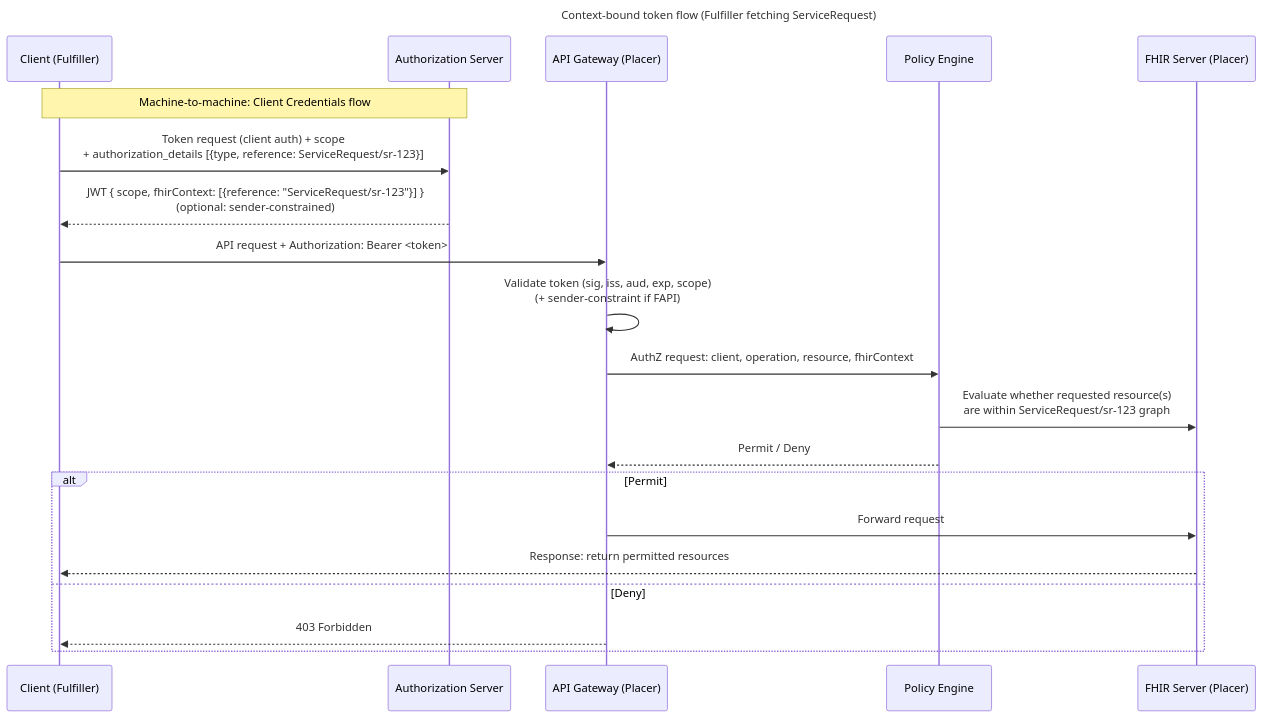
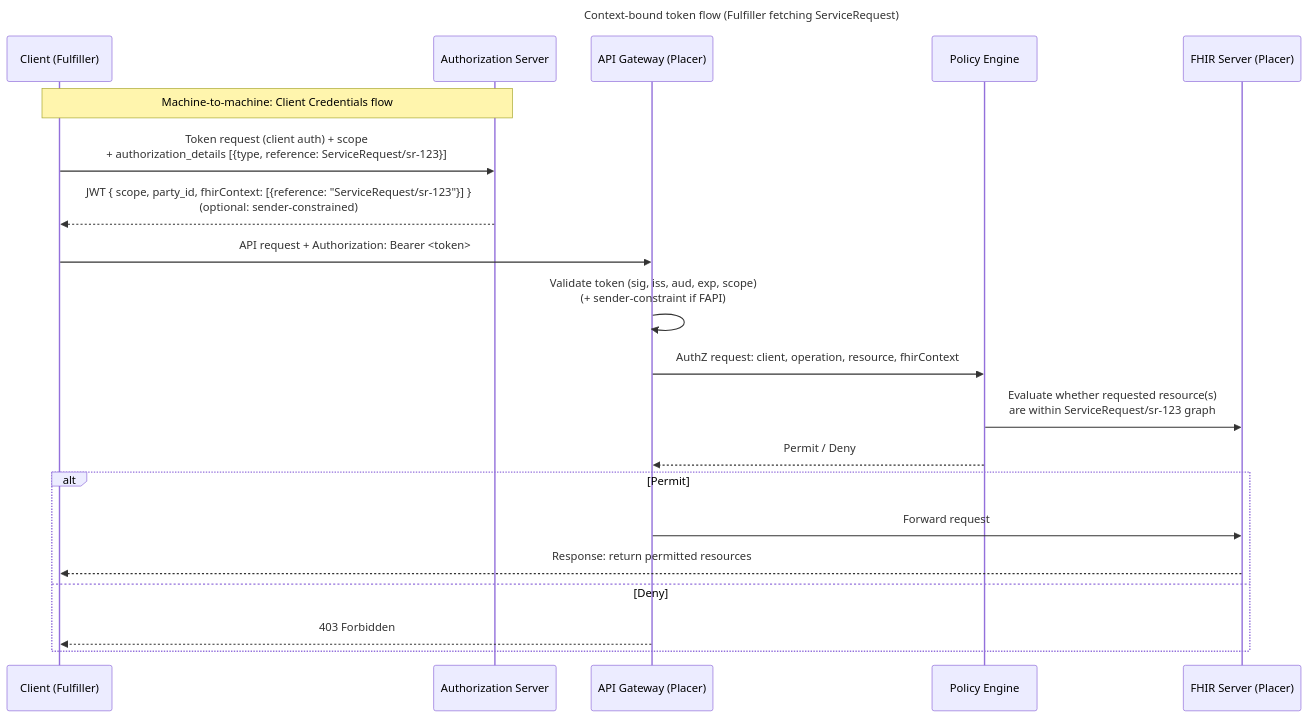
One commit to umzhconnect/umzhconnect-ig changed the second of 3 diagrams in input/pagecontent/security.md. Above: the diagram before and after it, drawn with Mermaid. The commit also changed other lines of this file and 1 other file, not shown here.

First line of the commit message:
Add party_id claim with organization's full registry URL

````diff
--- a/input/pagecontent/security.md
+++ b/input/pagecontent/security.md
@@ -131,26 +141,26 @@
 ```mermaid
 sequenceDiagram
   title Context-bound token flow (Fulfiller fetching ServiceRequest)
 
   participant C as Client (Fulfiller)
   participant AS as Authorization Server
   participant AG as API Gateway (Placer)
   participant PE as Policy Engine
   participant FHIR as FHIR Server (Placer)
 
   Note over C,AS: Machine-to-machine: Client Credentials flow
   C->>AS: Token request (client auth) + scope<br/>+ authorization_details [{type, reference: ServiceRequest/sr-123}]
-  AS-->>C: JWT { scope, fhirContext: [{reference: "ServiceRequest/sr-123"}] }<br/>(optional: sender-constrained)
+  AS-->>C: JWT { scope, party_id, fhirContext: [{reference: "ServiceRequest/sr-123"}] }<br/>(optional: sender-constrained)
 
   C->>AG: API request + Authorization: Bearer <token>
   AG->>AG: Validate token (sig, iss, aud, exp, scope)<br/>(+ sender-constraint if FAPI)
   AG->>PE: AuthZ request: client, operation, resource, fhirContext
   PE->>FHIR: Evaluate whether requested resource(s)<br/>are within ServiceRequest/sr-123 graph
   PE-->>AG: Permit / Deny
   alt Permit
     AG->>FHIR: Forward request
     FHIR-->>C: Response: return permitted resources
   else Deny
     AG-->>C: 403 Forbidden
   end
 ```
````
